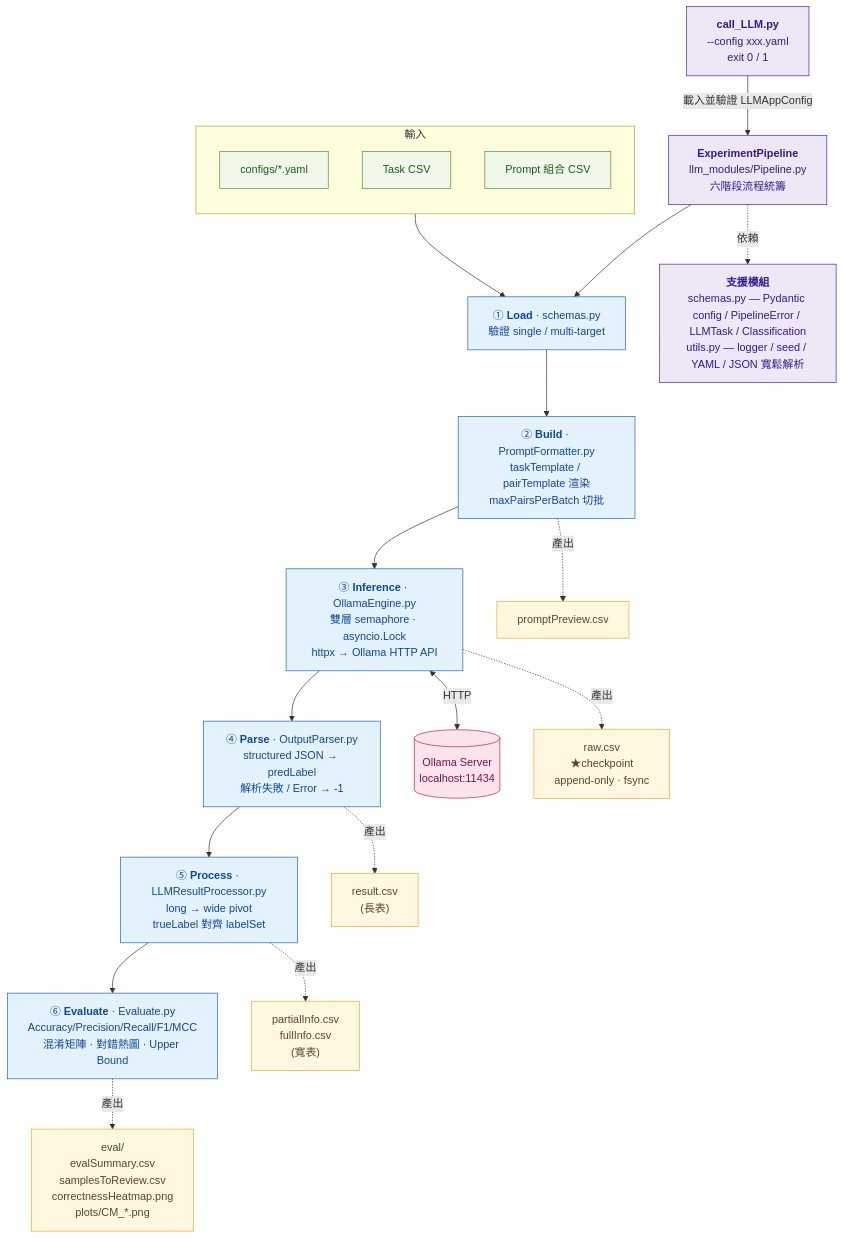
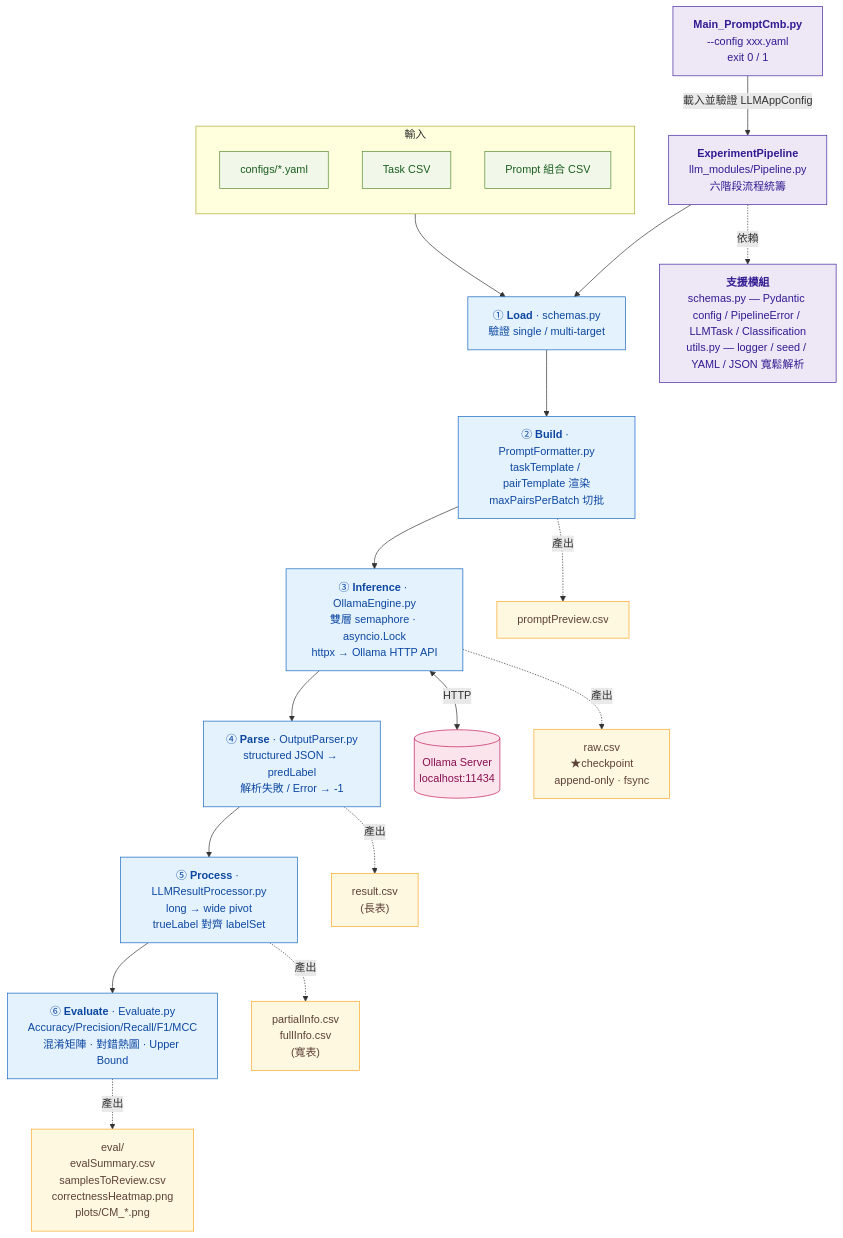
The diagram in README.md (SofaPottato/EnsemblePrompt-ML), drawn with Mermaid before and after one commit. The commit also changed other lines of this file and 14 other files, not shown here.

````diff
--- a/README.md
+++ b/README.md
@@ -34,61 +34,61 @@
 ```mermaid
 flowchart TD
     %% 進入點
-    Entry["<b>call_LLM.py</b><br/>--config xxx.yaml<br/>exit 0 / 1"]
+    Entry["<b>Main_PromptCmb.py</b><br/>--config xxx.yaml<br/>exit 0 / 1"]
     Pipeline["<b>ExperimentPipeline</b><br/>llm_modules/Pipeline.py<br/>六階段流程統籌"]
     Entry -->|"載入並驗證 LLMAppConfig"| Pipeline
 
     %% 輸入
     subgraph Inputs["輸入"]
         direction TB
         Cfg["configs/*.yaml"]
         TaskCsv["Task CSV"]
         PromptCsv["Prompt 組合 CSV"]
     end
     Inputs --> S1
 
     %% 六階段
     S1["① <b>Load</b> · schemas.py<br/>驗證 single / multi-target"]
     S2["② <b>Build</b> · PromptFormatter.py<br/>taskTemplate / pairTemplate 渲染<br/>maxPairsPerBatch 切批"]
     S3["③ <b>Inference</b> · OllamaEngine.py<br/>雙層 semaphore · asyncio.Lock<br/>httpx → Ollama HTTP API"]
     S4["④ <b>Parse</b> · OutputParser.py<br/>structured JSON → predLabel<br/>解析失敗 / Error → -1"]
     S5["⑤ <b>Process</b> · LLMResultProcessor.py<br/>long → wide pivot<br/>trueLabel 對齊 labelSet"]
     S6["⑥ <b>Evaluate</b> · Evaluate.py<br/>Accuracy/Precision/Recall/F1/MCC<br/>混淆矩陣 · 對錯熱圖 · Upper Bound"]
 
     Pipeline --> S1
     S1 --> S2 --> S3 --> S4 --> S5 --> S6
 
     %% 外部依賴
     Ollama[("Ollama Server<br/>localhost:11434")]
     S3 <-->|"HTTP"| Ollama
 
     %% 落盤產出
     O2["promptPreview.csv"]
     O3["raw.csv<br/>★checkpoint<br/>append-only · fsync"]
     O4["result.csv<br/>(長表)"]
     O5["partialInfo.csv<br/>fullInfo.csv<br/>(寬表)"]
     O6["eval/<br/>evalSummary.csv<br/>samplesToReview.csv<br/>correctnessHeatmap.png<br/>plots/CM_*.png"]
 
     S2 -.產出.-> O2
     S3 -.產出.-> O3
     S4 -.產出.-> O4
     S5 -.產出.-> O5
     S6 -.產出.-> O6
 
     %% 支援模組
     Support["<b>支援模組</b><br/>schemas.py — Pydantic config / PipelineError / LLMTask / Classification<br/>utils.py — logger / seed / YAML / JSON 寬鬆解析"]
     Pipeline -.依賴.-> Support
 
     %% 樣式
     classDef stage fill:#e3f2fd,stroke:#1565c0,color:#0d47a1
     classDef output fill:#fff8e1,stroke:#f9a825,color:#5d4037
     classDef input fill:#f1f8e9,stroke:#558b2f,color:#1b5e20
     classDef ext fill:#fce4ec,stroke:#c2185b,color:#880e4f
     classDef entry fill:#ede7f6,stroke:#4527a0,color:#311b92
 
     class S1,S2,S3,S4,S5,S6 stage
     class O2,O3,O4,O5,O6 output
     class Cfg,TaskCsv,PromptCsv input
     class Ollama ext
     class Entry,Pipeline,Support entry
 ```
````
